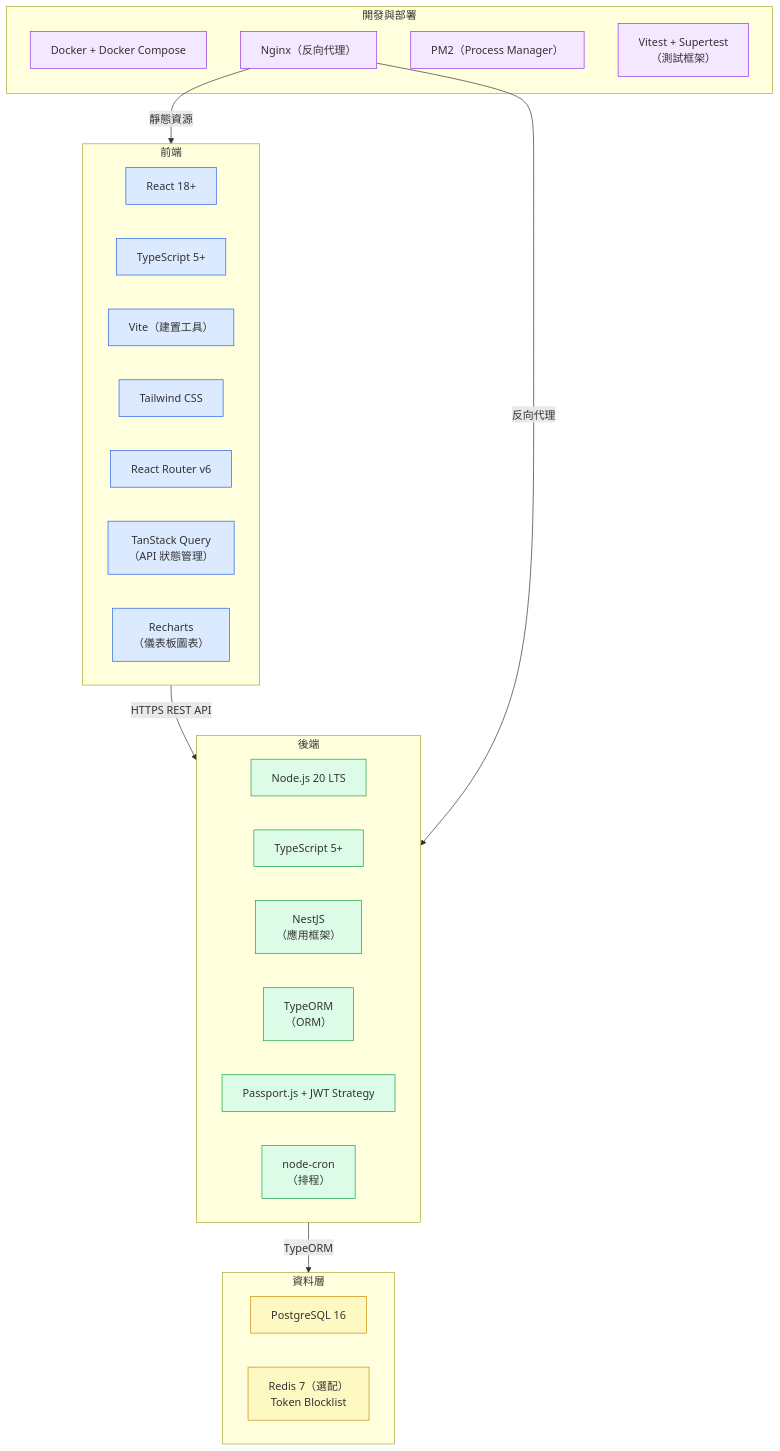
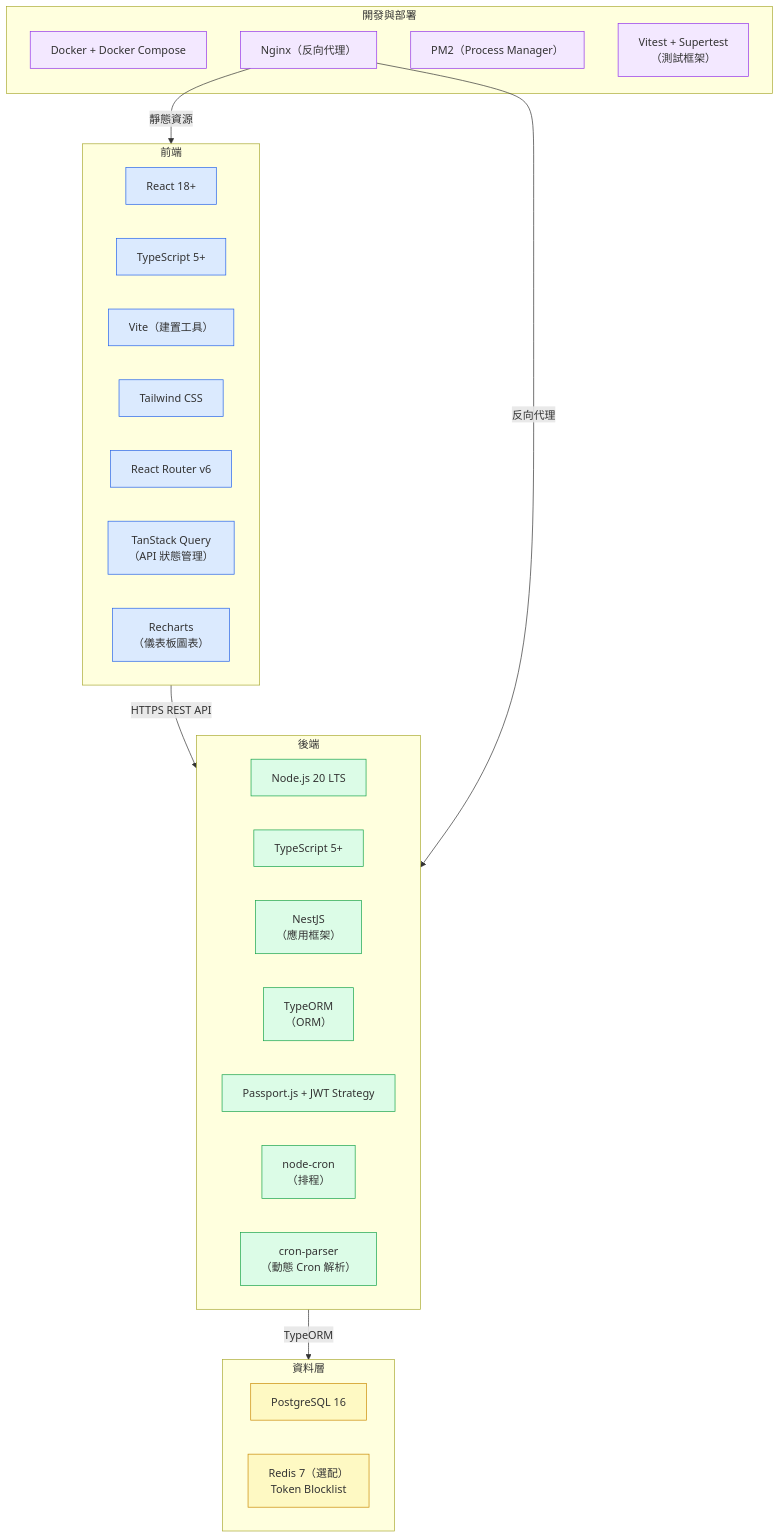
One commit to wisewhalesoft/cdmp-mvp changed diagram 12 of 12 in docs/specs/architecture-spec.md. Above: the diagram before and after it, drawn with Mermaid. The commit also changed other lines of this file, not shown here.

````diff
--- a/docs/specs/architecture-spec.md
+++ b/docs/specs/architecture-spec.md
@@ -882,47 +1085,48 @@
 ```mermaid
 graph TB
     subgraph Frontend["前端"]
         React["React 18+"]
         TypeScript_FE["TypeScript 5+"]
         Vite["Vite（建置工具）"]
         TailwindCSS["Tailwind CSS"]
         ReactRouter["React Router v6"]
         TanStack["TanStack Query<br/>（API 狀態管理）"]
         Recharts["Recharts<br/>（儀表板圖表）"]
     end
 
     subgraph Backend["後端"]
         Node["Node.js 20 LTS"]
         TypeScript_BE["TypeScript 5+"]
         NestJS["NestJS<br/>（應用框架）"]
         TypeORM["TypeORM<br/>（ORM）"]
         Passport["Passport.js + JWT Strategy"]
         NodeCron["node-cron<br/>（排程）"]
+        CronParser["cron-parser<br/>（動態 Cron 解析）"]
     end
 
     subgraph Database["資料層"]
         PostgreSQL["PostgreSQL 16"]
         Redis["Redis 7（選配）<br/>Token Blocklist"]
     end
 
     subgraph DevOps["開發與部署"]
         Docker["Docker + Docker Compose"]
         Nginx["Nginx（反向代理）"]
         PM2["PM2（Process Manager）"]
         Vitest["Vitest + Supertest<br/>（測試框架）"]
     end
 
     Frontend -->|"HTTPS REST API"| Backend
     Backend -->|"TypeORM"| Database
     Nginx -->|"反向代理"| Backend
     Nginx -->|"靜態資源"| Frontend
 
     classDef fe fill:#dbeafe,stroke:#2563eb
     classDef be fill:#dcfce7,stroke:#16a34a
     classDef db fill:#fef9c3,stroke:#ca8a04
     classDef ops fill:#f3e8ff,stroke:#9333ea
     class React,TypeScript_FE,Vite,TailwindCSS,ReactRouter,TanStack,Recharts fe
-    class Node,TypeScript_BE,NestJS,TypeORM,Passport,NodeCron be
+    class Node,TypeScript_BE,NestJS,TypeORM,Passport,NodeCron,CronParser be
     class PostgreSQL,Redis db
     class Docker,Nginx,PM2,Vitest ops
 ```
````
